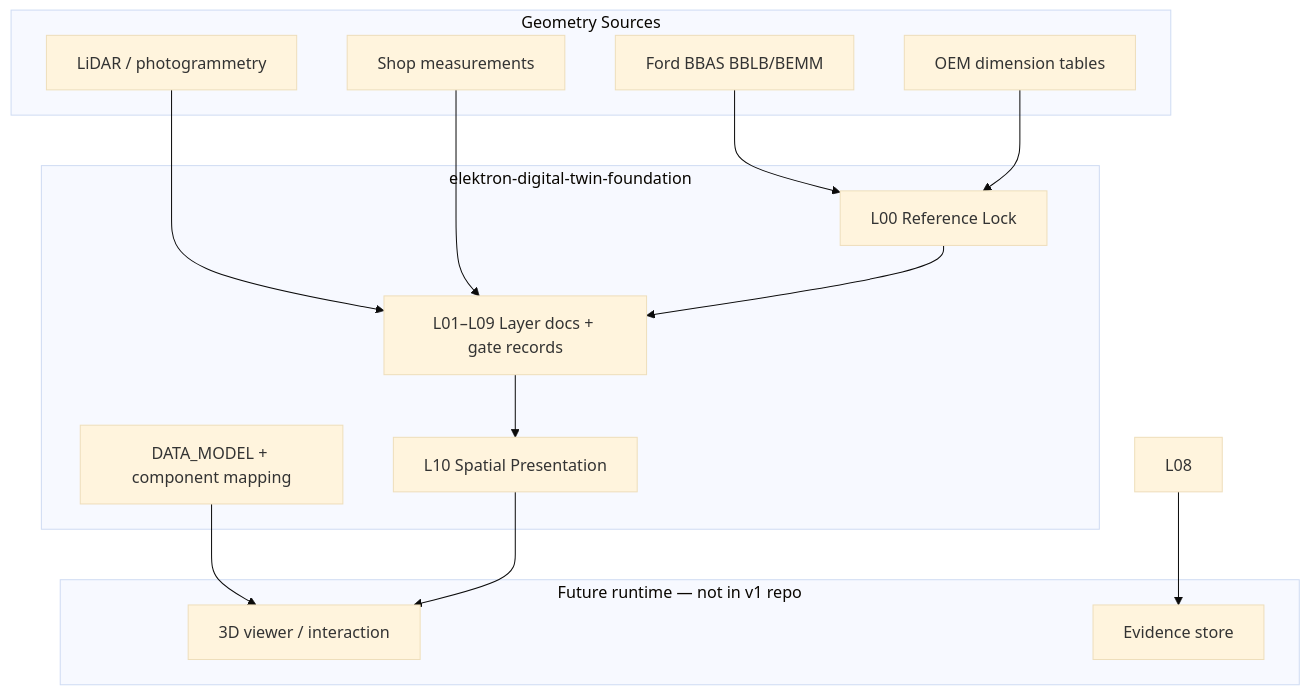
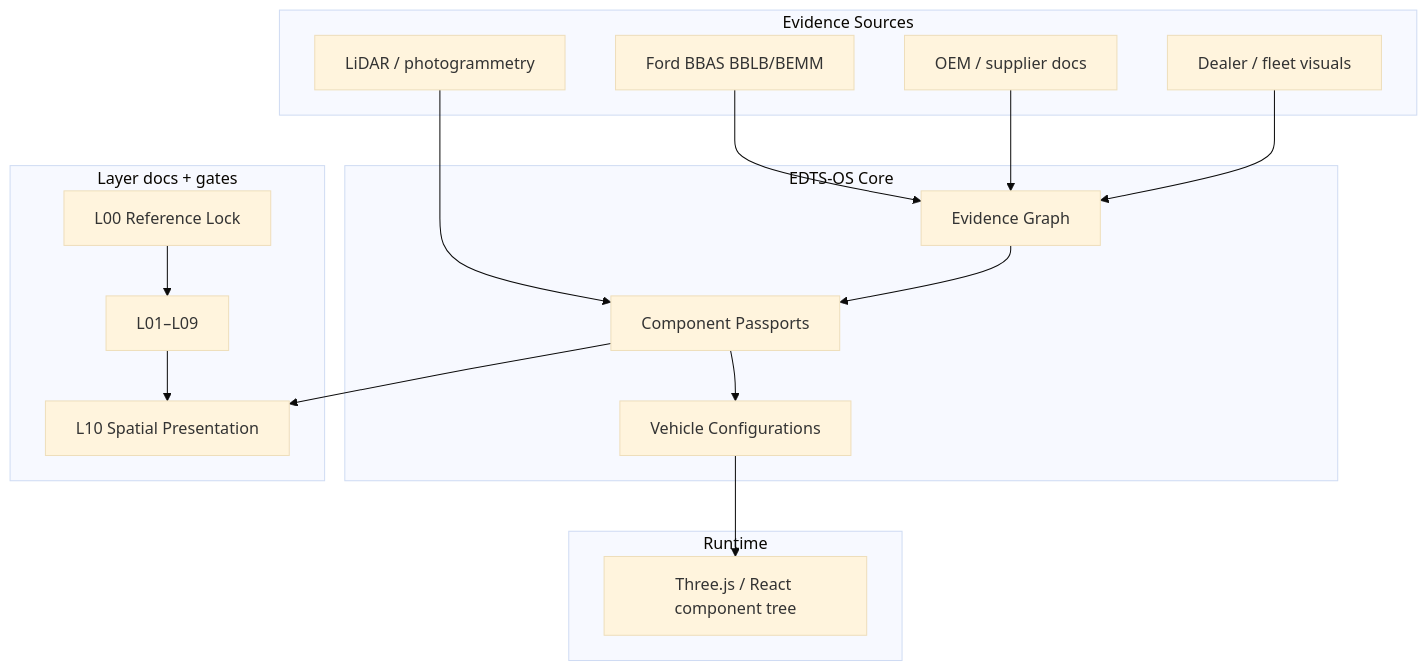
The diagram in elektron-digital-twin-foundation/ARCHITECTURE.md (chr1stopherwallace156-svg/oxyballs-Industrial), drawn with Mermaid (base theme) before and after one commit. The commit also changed other lines of this file and 439 other files, not shown here.

````diff
--- a/elektron-digital-twin-foundation/ARCHITECTURE.md
+++ b/elektron-digital-twin-foundation/ARCHITECTURE.md
@@ -7,31 +9,36 @@
 ```mermaid
 flowchart TB
-  subgraph sources [Geometry Sources]
+  subgraph sources [Evidence Sources]
     BBAS[Ford BBAS BBLB/BEMM]
-    OEM[OEM dimension tables]
+    OEM[OEM / supplier docs]
     SCAN[LiDAR / photogrammetry]
-    SHOP[Shop measurements]
+    VIS[Dealer / fleet visuals]
   end
 
-  subgraph foundation [elektron-digital-twin-foundation]
-    L00[L00 Reference Lock]
-    L01_09[L01–L09 Layer docs + gate records]
-    L10[L10 Spatial Presentation]
-    DM[DATA_MODEL + component mapping]
+  subgraph os [EDTS-OS Core]
+    EG[Evidence Graph]
+    CP[Component Passports]
+    VC[Vehicle Configurations]
   end
 
-  subgraph runtime [Future runtime — not in v1 repo]
-    VIEWER[3D viewer / interaction]
-    EVIDENCE[Evidence store]
+  subgraph foundation [Layer docs + gates]
+    L00[L00 Reference Lock]
+    L01_09[L01–L09]
+    L10[L10 Spatial Presentation]
   end
 
-  BBAS --> L00
-  OEM --> L00
-  SCAN --> L01_09
-  SHOP --> L01_09
+  subgraph runtime [Runtime]
+    VIEWER[Three.js / React component tree]
+  end
+
+  BBAS --> EG
+  OEM --> EG
+  SCAN --> CP
+  VIS --> EG
+  EG --> CP
+  CP --> VC
+  VC --> VIEWER
   L00 --> L01_09
   L01_09 --> L10
-  DM --> VIEWER
-  L10 --> VIEWER
-  L08 --> EVIDENCE
+  CP --> L10
 ```
````
